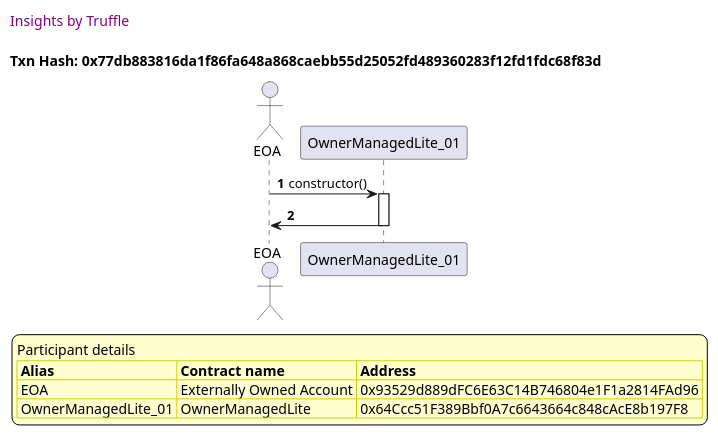
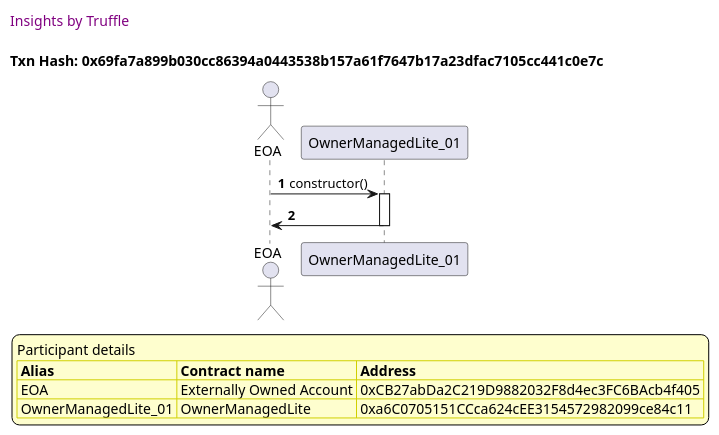
Before and after one commit to thedarkjester/ConsensysAssignment: the first of 9 diagrams in truffle-seq/OwnerManagedLite_test_add_state.md, drawn with PlantUML. The commit also changed other lines of this file and 13 other files, not shown here.

````diff
--- a/truffle-seq/OwnerManagedLite_test_add_state.md
+++ b/truffle-seq/OwnerManagedLite_test_add_state.md
@@ -13,37 +13,37 @@
 ```plantuml
 
 
 @startuml
 
 autonumber
 skinparam legendBackgroundColor #FEFECE
 
 <style>
       header {
         HorizontalAlignment left
         FontColor purple
         FontSize 14
         Padding 10
       }
     </style>
 
 header Insights by Truffle
 
-title Txn Hash: 0x77db883816da1f86fa648a868caebb55d25052fd489360283f12fd1fdc68f83d
+title Txn Hash: 0x69fa7a899b030cc86394a0443538b157a61f7647b17a23dfac7105cc441c0e7c
 
 
 actor EOA as "EOA"
 participant OwnerManagedLite_01 as "OwnerManagedLite_01"
 
 "EOA" -> "OwnerManagedLite_01" ++: constructor()
 "OwnerManagedLite_01" -> "EOA" --: 
 
 legend
 Participant details
 <#FEFECE,#D0D000>|= Alias |= Contract name |= Address |
-<#FEFECE>| EOA | Externally Owned Account | 0x93529d889dFC6E63C14B746804e1F1a2814FAd96 |
-<#FEFECE>| OwnerManagedLite_01 | OwnerManagedLite | 0x64Ccc51F389Bbf0A7c6643664c848cAcE8b197F8 |
+<#FEFECE>| EOA | Externally Owned Account | 0xCB27abDa2C219D9882032F8d4ec3FC6BAcb4f405 |
+<#FEFECE>| OwnerManagedLite_01 | OwnerManagedLite | 0xa6C0705151CCca624cEE3154572982099ce84c11 |
 endlegend
 
 @enduml
 ```
````
